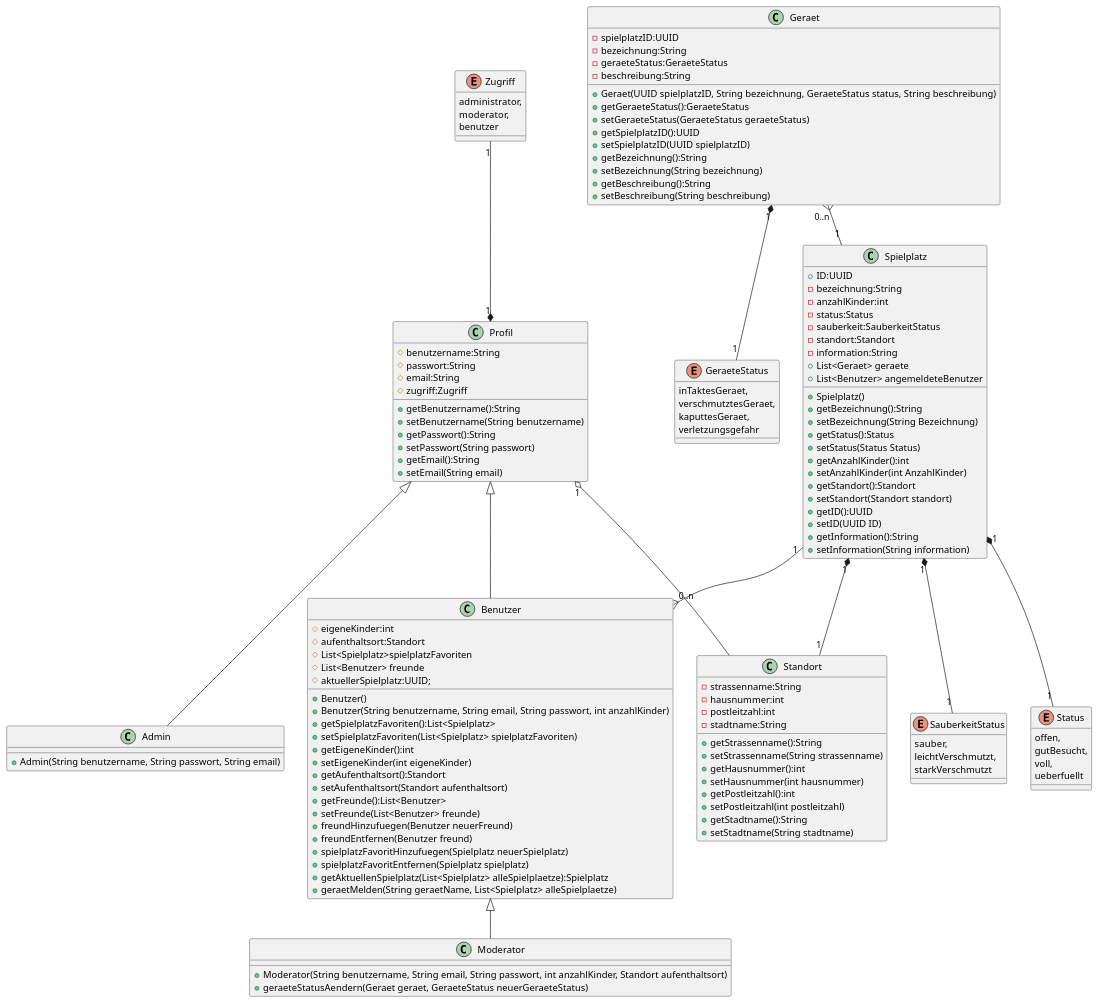
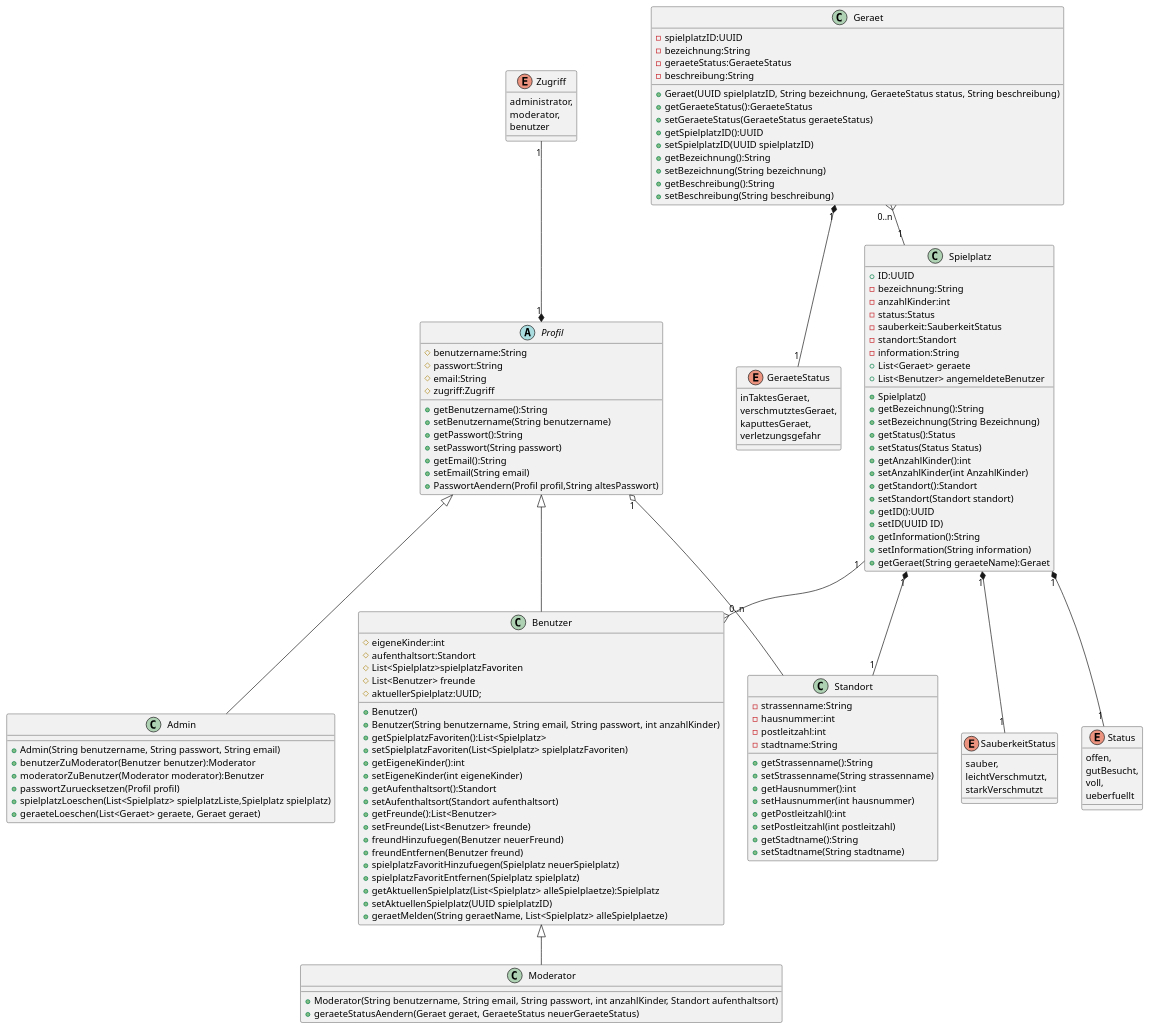
One commit to fh-erfurt/Project-Playground changed the diagram in Diagramm.iuml. Above: the diagram before and after it, drawn with PlantUML. The commit also changed 5 other files, not shown here.

Commit message:
Diagramm angepasst

```diff
--- a/Diagramm.iuml
+++ b/Diagramm.iuml
@@ -1,144 +1,152 @@
 @startuml
 skinparam shadowing false
 
 class Spielplatz {
   +ID:UUID
   -bezeichnung:String
   -anzahlKinder:int
   -status:Status
   -sauberkeit:SauberkeitStatus
   -standort:Standort
   -information:String
   +List<Geraet> geraete
   +List<Benutzer> angemeldeteBenutzer
 
   +Spielplatz()
   +getBezeichnung():String
   +setBezeichnung(String Bezeichnung)
   +getStatus():Status
   +setStatus(Status Status)
   +getAnzahlKinder():int
   +setAnzahlKinder(int AnzahlKinder)
   +getStandort():Standort
   +setStandort(Standort standort)
   +getID():UUID
   +setID(UUID ID)
   +getInformation():String
   +setInformation(String information)
+  +getGeraet(String geraeteName):Geraet
 }
 
 class Standort{
  -strassenname:String
  -hausnummer:int
  -postleitzahl:int
  -stadtname:String
 
  +getStrassenname():String
  +setStrassenname(String strassenname)
  +getHausnummer():int
  +setHausnummer(int hausnummer)
  +getPostleitzahl():int
  +setPostleitzahl(int postleitzahl)
  +getStadtname():String
  +setStadtname(String stadtname)
 }
 
 class Geraet{
 -spielplatzID:UUID
 -bezeichnung:String
 -geraeteStatus:GeraeteStatus
 -beschreibung:String
 
 +Geraet(UUID spielplatzID, String bezeichnung, GeraeteStatus status, String beschreibung)
 +getGeraeteStatus():GeraeteStatus
 +setGeraeteStatus(GeraeteStatus geraeteStatus)
 +getSpielplatzID():UUID
 +setSpielplatzID(UUID spielplatzID)
 +getBezeichnung():String
 +setBezeichnung(String bezeichnung)
 +getBeschreibung():String
 +setBeschreibung(String beschreibung)
 }
 enum GeraeteStatus{
     inTaktesGeraet,
     verschmutztesGeraet,
     kaputtesGeraet,
     verletzungsgefahr
 }
 enum Status{
  offen,
  gutBesucht,
  voll,
  ueberfuellt
 }
 enum SauberkeitStatus{
     sauber,
     leichtVerschmutzt,
     starkVerschmutzt
 }
 enum Zugriff{
  administrator,
  moderator,
  benutzer
 }
 
-class Profil{
+abstract class Profil{
 #benutzername:String
 #passwort:String
 #email:String
 #zugriff:Zugriff
 
 +getBenutzername():String
 +setBenutzername(String benutzername)
 +getPasswort():String
 +setPasswort(String passwort)
 +getEmail():String
 +setEmail(String email)
++PasswortAendern(Profil profil,String altesPasswort)
 }
 
 class Benutzer{
 #eigeneKinder:int
 #aufenthaltsort:Standort
 #List<Spielplatz>spielplatzFavoriten
 #List<Benutzer> freunde
 #aktuellerSpielplatz:UUID;
 
 +Benutzer()
 +Benutzer(String benutzername, String email, String passwort, int anzahlKinder)
 +getSpielplatzFavoriten():List<Spielplatz>
 +setSpielplatzFavoriten(List<Spielplatz> spielplatzFavoriten)
 +getEigeneKinder():int
 +setEigeneKinder(int eigeneKinder)
 +getAufenthaltsort():Standort
 +setAufenthaltsort(Standort aufenthaltsort)
 +getFreunde():List<Benutzer>
 +setFreunde(List<Benutzer> freunde)
 +freundHinzufuegen(Benutzer neuerFreund)
 +freundEntfernen(Benutzer freund)
 +spielplatzFavoritHinzufuegen(Spielplatz neuerSpielplatz)
 +spielplatzFavoritEntfernen(Spielplatz spielplatz)
 +getAktuellenSpielplatz(List<Spielplatz> alleSpielplaetze):Spielplatz
++setAktuellenSpielplatz(UUID spielplatzID)
 +geraetMelden(String geraetName, List<Spielplatz> alleSpielplaetze)
 }
 
 class Admin{
 +Admin(String benutzername, String passwort, String email)
++benutzerZuModerator(Benutzer benutzer):Moderator
++moderatorZuBenutzer(Moderator moderator):Benutzer
++passwortZuruecksetzen(Profil profil)
++spielplatzLoeschen(List<Spielplatz> spielplatzListe,Spielplatz spielplatz)
++geraeteLoeschen(List<Geraet> geraete, Geraet geraet)
 }
 
 class Moderator{
 +Moderator(String benutzername, String email, String passwort, int anzahlKinder, Standort aufenthaltsort)
 +geraeteStatusAendern(Geraet geraet, GeraeteStatus neuerGeraeteStatus)
 }
 
 Profil <|--Benutzer
 Profil <|--Admin
 Benutzer <|--Moderator
 Spielplatz "1" *-- "1" Standort
 Spielplatz "1" *-- "1" Status
 Spielplatz "1" *-- "1" SauberkeitStatus
 Spielplatz "1" --{ "0..n" Benutzer
 Profil "1" o-- Standort
 Zugriff "1" --* "1" Profil
 Geraet "0..n" }-- "1" Spielplatz
 Geraet "1" *-- "1" GeraeteStatus
 @enduml
```
